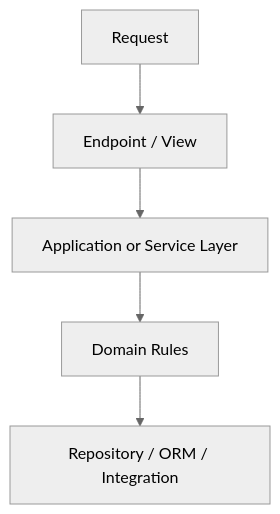
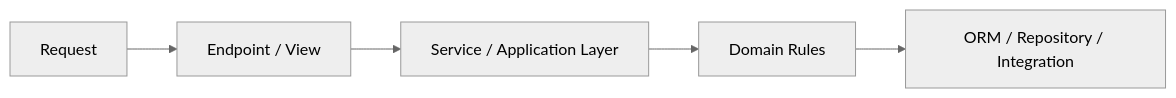
Before and after one commit to AvadhBhalodiya/Interview-Preparation: the third of 3 diagrams in src/content/fastapi/fastapi-vs-django.md, drawn with Mermaid (neutral theme). The commit also changed other lines of this file and 80 other files, not shown here.

````diff
--- a/src/content/fastapi/fastapi-vs-django.md
+++ b/src/content/fastapi/fastapi-vs-django.md
@@ -1159,7 +587,7 @@
 ```mermaid
-flowchart TD
-    A[Request] --> B["Endpoint / View"]
-    B --> C[Application or Service Layer]
+flowchart LR
+    A[Request] --> B[Endpoint / View]
+    B --> C[Service / Application Layer]
     C --> D[Domain Rules]
-    D --> E["Repository / ORM / Integration"]
+    D --> E[ORM / Repository / Integration]
 ```
````
